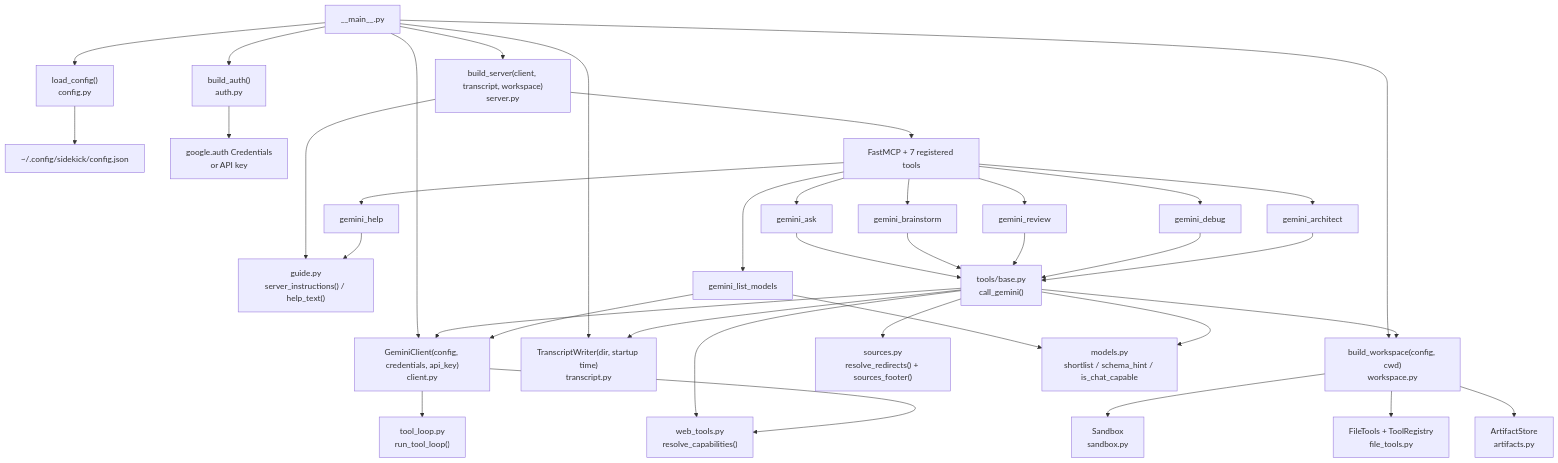
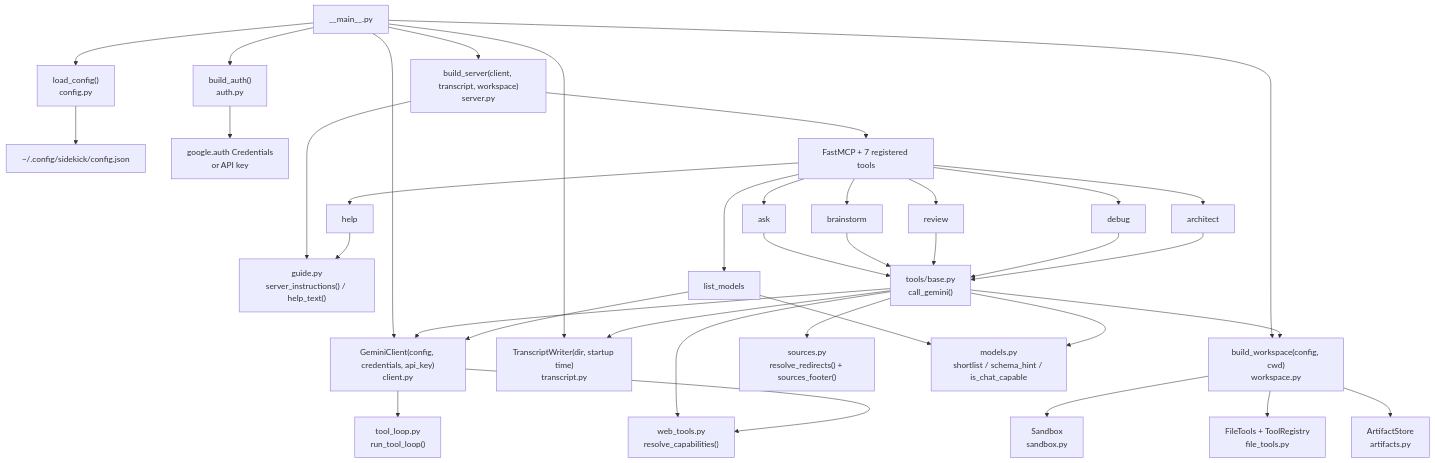
One commit to FlintAndFilament/gemini-bridge changed the first of 2 diagrams in docs/architecture.md. Above: the diagram before and after it, drawn with Mermaid. The commit also changed other lines of this file and 37 other files, not shown here.

````diff
--- a/docs/architecture.md
+++ b/docs/architecture.md
@@ -5,38 +5,38 @@
 ```mermaid
 graph TD
     M["__main__.py"] --> CFG["load_config()<br/>config.py"]
     M --> AUTH["build_auth()<br/>auth.py"]
     M --> CL["GeminiClient(config, credentials, api_key)<br/>client.py"]
     M --> TR["TranscriptWriter(dir, startup time)<br/>transcript.py"]
     M --> WS["build_workspace(config, cwd)<br/>workspace.py"]
     M --> SRV["build_server(client, transcript, workspace)<br/>server.py"]
 
     CFG --> JSON["~/.config/sidekick/config.json"]
     AUTH --> CRED["google.auth Credentials<br/>or API key"]
 
     WS --> SB["Sandbox<br/>sandbox.py"]
     WS --> FT["FileTools + ToolRegistry<br/>file_tools.py"]
     WS --> AR["ArtifactStore<br/>artifacts.py"]
 
     SRV --> GUIDE["guide.py<br/>server_instructions() / help_text()"]
     SRV --> MCP["FastMCP + 7 registered tools"]
-    MCP --> T1["gemini_ask"]
-    MCP --> T2["gemini_brainstorm"]
-    MCP --> T3["gemini_review"]
-    MCP --> T4["gemini_debug"]
-    MCP --> T5["gemini_architect"]
-    MCP --> T6["gemini_list_models"]
-    MCP --> T7["gemini_help"]
+    MCP --> T1["ask"]
+    MCP --> T2["brainstorm"]
+    MCP --> T3["review"]
+    MCP --> T4["debug"]
+    MCP --> T5["architect"]
+    MCP --> T6["list_models"]
+    MCP --> T7["help"]
 
     T1 & T2 & T3 & T4 & T5 --> BASE["tools/base.py<br/>call_gemini()"]
     BASE --> CL
     BASE --> WEB["web_tools.py<br/>resolve_capabilities()"]
     BASE --> SRC["sources.py<br/>resolve_redirects() + sources_footer()"]
     BASE --> TR
     BASE --> WS
     CL --> LOOP["tool_loop.py<br/>run_tool_loop()"]
     CL --> WEB
     T6 --> CL
     T6 & BASE --> MOD["models.py<br/>shortlist / schema_hint / is_chat_capable"]
     T7 --> GUIDE
 ```
````
